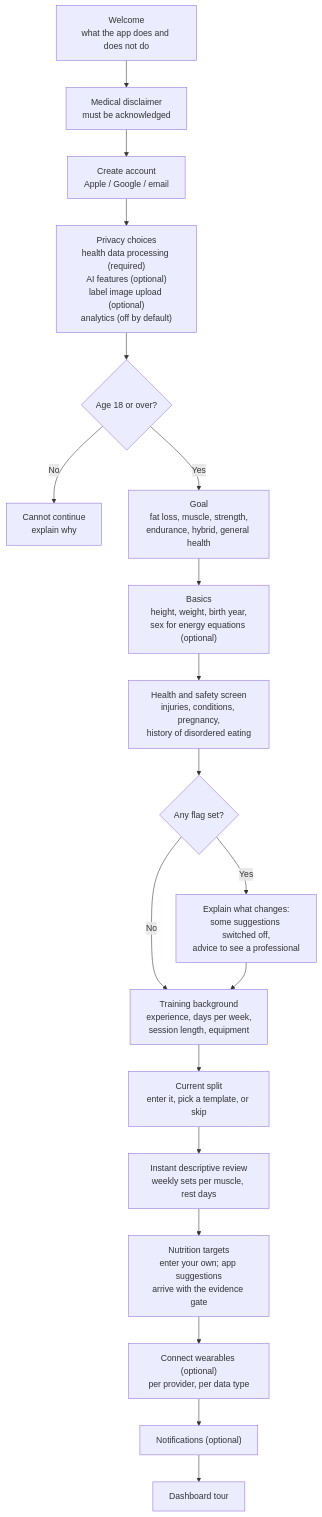
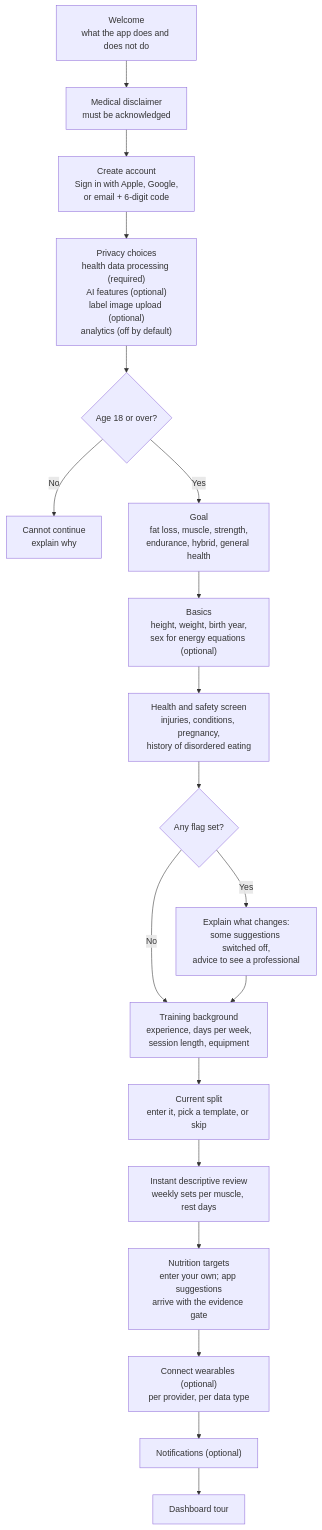
The diagram in nutrition-training-companion/docs/07-product-flows.md (simonlurie09-a11y/Routine-Sanbox-Test), drawn with Mermaid before and after one commit. The commit also changed other lines of this file and 30 other files, not shown here.

````diff
--- a/nutrition-training-companion/docs/07-product-flows.md
+++ b/nutrition-training-companion/docs/07-product-flows.md
@@ -7,21 +9,21 @@
 ```mermaid
 flowchart TD
   A["Welcome<br/>what the app does and does not do"] --> B["Medical disclaimer<br/>must be acknowledged"]
-  B --> C["Create account<br/>Apple / Google / email"]
+  B --> C["Create account<br/>Sign in with Apple, Google,<br/>or email + 6-digit code"]
   C --> D["Privacy choices<br/>health data processing (required)<br/>AI features (optional)<br/>label image upload (optional)<br/>analytics (off by default)"]
   D --> E{"Age 18 or over?"}
   E -- "No" --> E2["Cannot continue<br/>explain why"]
   E -- "Yes" --> F["Goal<br/>fat loss, muscle, strength,<br/>endurance, hybrid, general health"]
   F --> G["Basics<br/>height, weight, birth year,<br/>sex for energy equations (optional)"]
   G --> H["Health and safety screen<br/>injuries, conditions, pregnancy,<br/>history of disordered eating"]
   H --> H2{"Any flag set?"}
   H2 -- "Yes" --> H3["Explain what changes:<br/>some suggestions switched off,<br/>advice to see a professional"]
   H2 -- "No" --> I
   H3 --> I["Training background<br/>experience, days per week,<br/>session length, equipment"]
   I --> J["Current split<br/>enter it, pick a template, or skip"]
   J --> J2["Instant descriptive review<br/>weekly sets per muscle, rest days"]
   J2 --> K["Nutrition targets<br/>enter your own; app suggestions<br/>arrive with the evidence gate"]
   K --> L["Connect wearables (optional)<br/>per provider, per data type"]
   L --> M["Notifications (optional)"]
   M --> N["Dashboard tour"]
 ```
````
